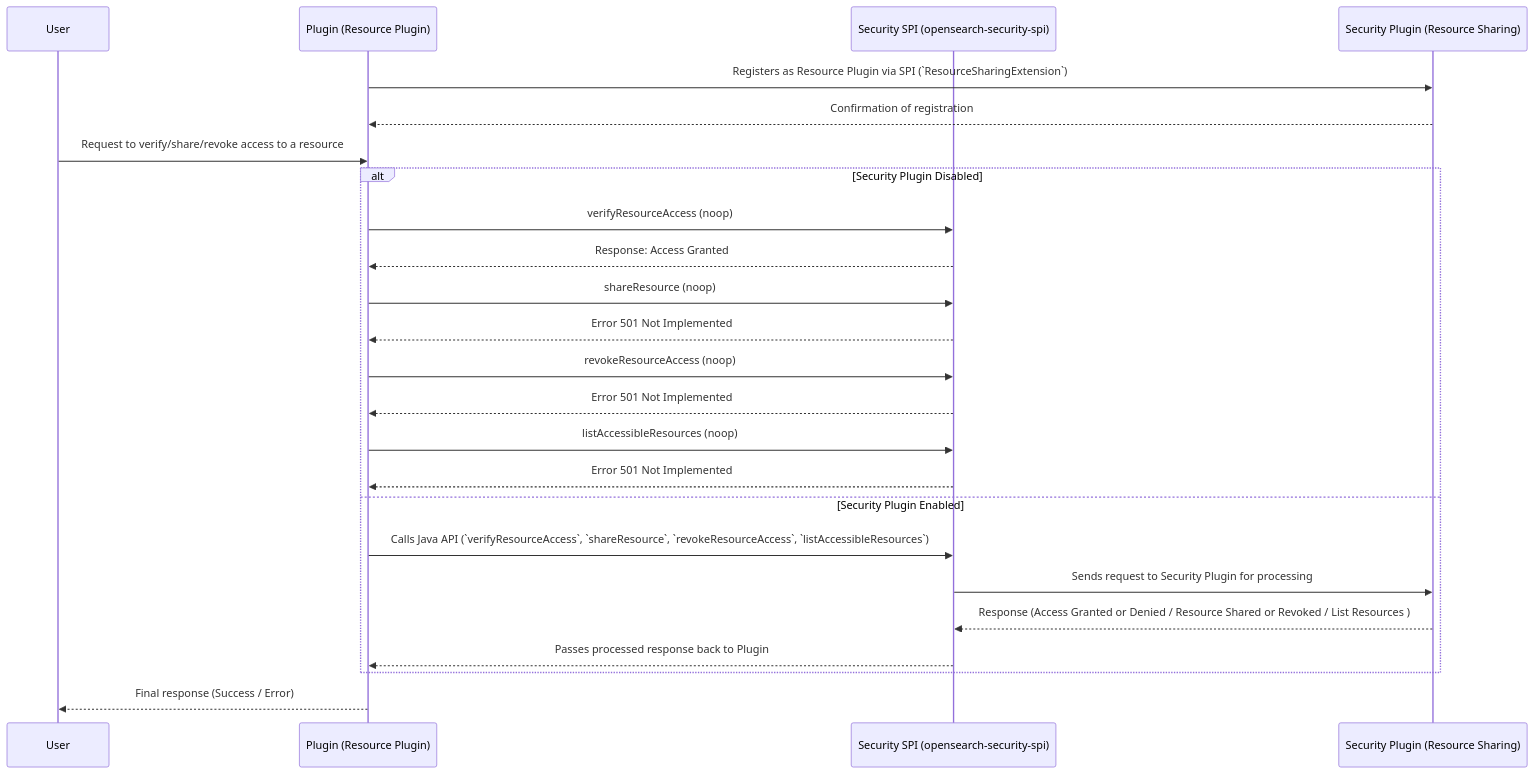
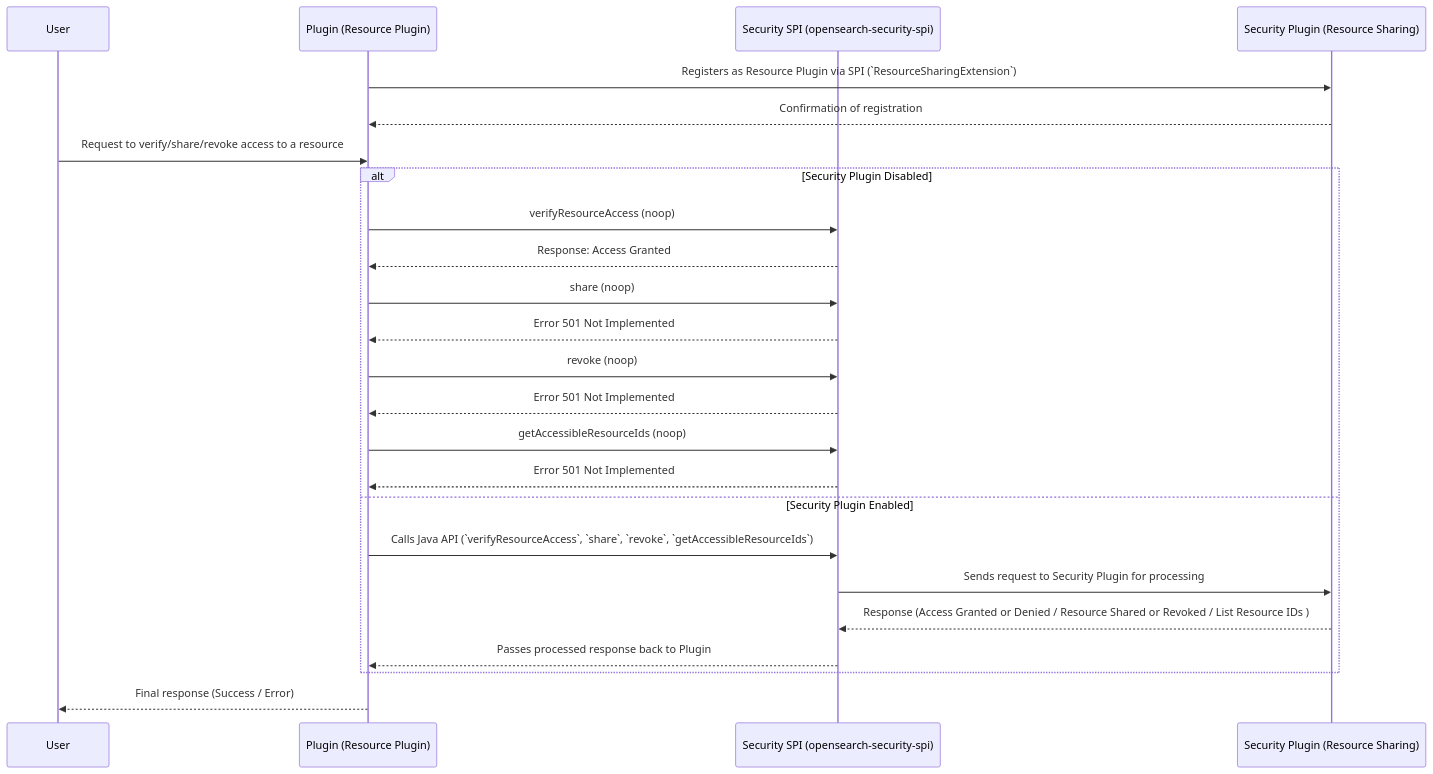
Before and after one commit to opensearch-project/security: the diagram in RESOURCE_ACCESS_CONTROL_FOR_PLUGINS.md, drawn with Mermaid. The commit also changed other lines of this file and 1 other file, not shown here.

````diff
--- a/RESOURCE_ACCESS_CONTROL_FOR_PLUGINS.md
+++ b/RESOURCE_ACCESS_CONTROL_FOR_PLUGINS.md
@@ -289,46 +252,46 @@
 ```mermaid
 sequenceDiagram
     participant User as User
     participant Plugin as Plugin (Resource Plugin)
     participant SPI as Security SPI (opensearch-security-spi)
     participant Security as Security Plugin (Resource Sharing)
 
     %% Step 1: Plugin registers itself as a Resource Plugin
     Plugin ->> Security: Registers as Resource Plugin via SPI (`ResourceSharingExtension`)
     Security -->> Plugin: Confirmation of registration
 
     %% Step 2: User interacts with Plugin API
     User ->> Plugin: Request to verify/share/revoke access to a resource
 
     %% Alternative flow based on Security Plugin status
     alt Security Plugin Disabled
     %% For verify: access is always granted
       Plugin ->> SPI: verifyResourceAccess (noop)
       SPI -->> Plugin: Response: Access Granted
 
     %% For share, revoke, and list: return 501 Not Implemented
-      Plugin ->> SPI: shareResource (noop)
+      Plugin ->> SPI: share (noop)
       SPI -->> Plugin: Error 501 Not Implemented
 
-      Plugin ->> SPI: revokeResourceAccess (noop)
+      Plugin ->> SPI: revoke (noop)
       SPI -->> Plugin: Error 501 Not Implemented
 
-      Plugin ->> SPI: listAccessibleResources (noop)
+      Plugin ->> SPI: getAccessibleResourceIds (noop)
       SPI -->> Plugin: Error 501 Not Implemented
     else Security Plugin Enabled
     %% Step 3: Plugin calls Java APIs declared by ResourceSharingClient
-      Plugin ->> SPI: Calls Java API (`verifyResourceAccess`, `shareResource`, `revokeResourceAccess`, `listAccessibleResources`)
+      Plugin ->> SPI: Calls Java API (`verifyResourceAccess`, `share`, `revoke`, `getAccessibleResourceIds`)
 
     %% Step 4: Request is sent to Security Plugin
       SPI ->> Security: Sends request to Security Plugin for processing
 
     %% Step 5: Security Plugin handles request and returns response
-      Security -->> SPI: Response (Access Granted or Denied / Resource Shared or Revoked / List Resources )
+      Security -->> SPI: Response (Access Granted or Denied / Resource Shared or Revoked / List Resource IDs )
 
     %% Step 6: Security SPI sends response back to Plugin
       SPI -->> Plugin: Passes processed response back to Plugin
     end
 
     %% Step 7: Plugin processes response and sends final response to User
     Plugin -->> User: Final response (Success / Error)
 ```
````
